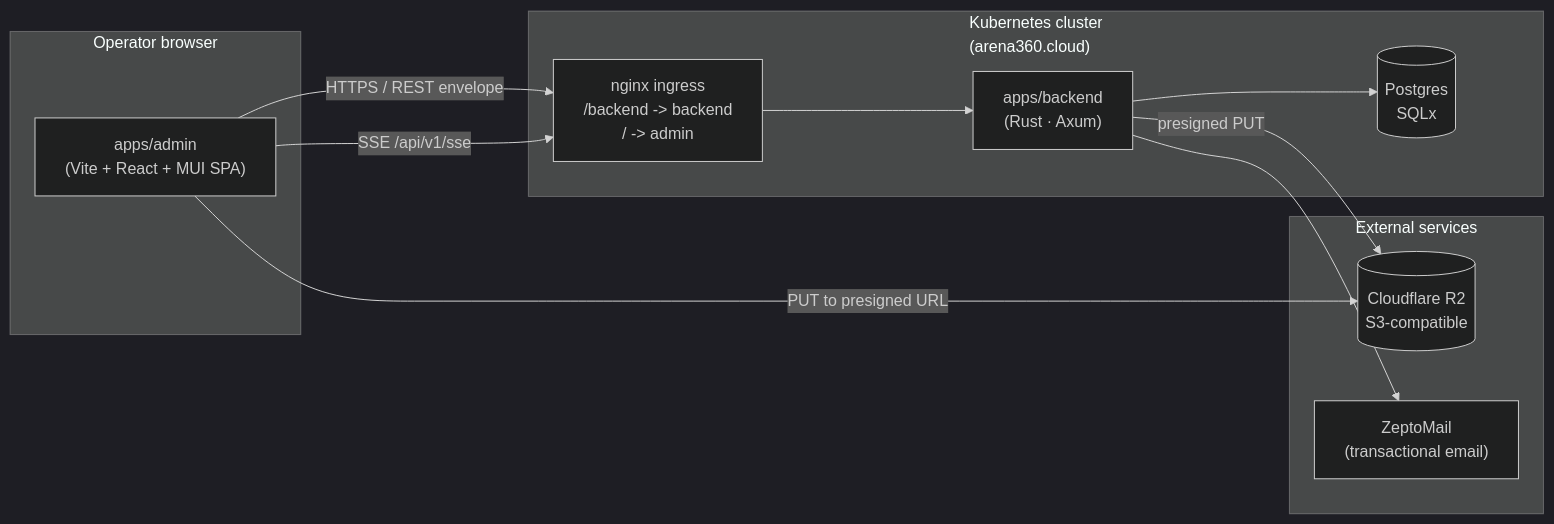
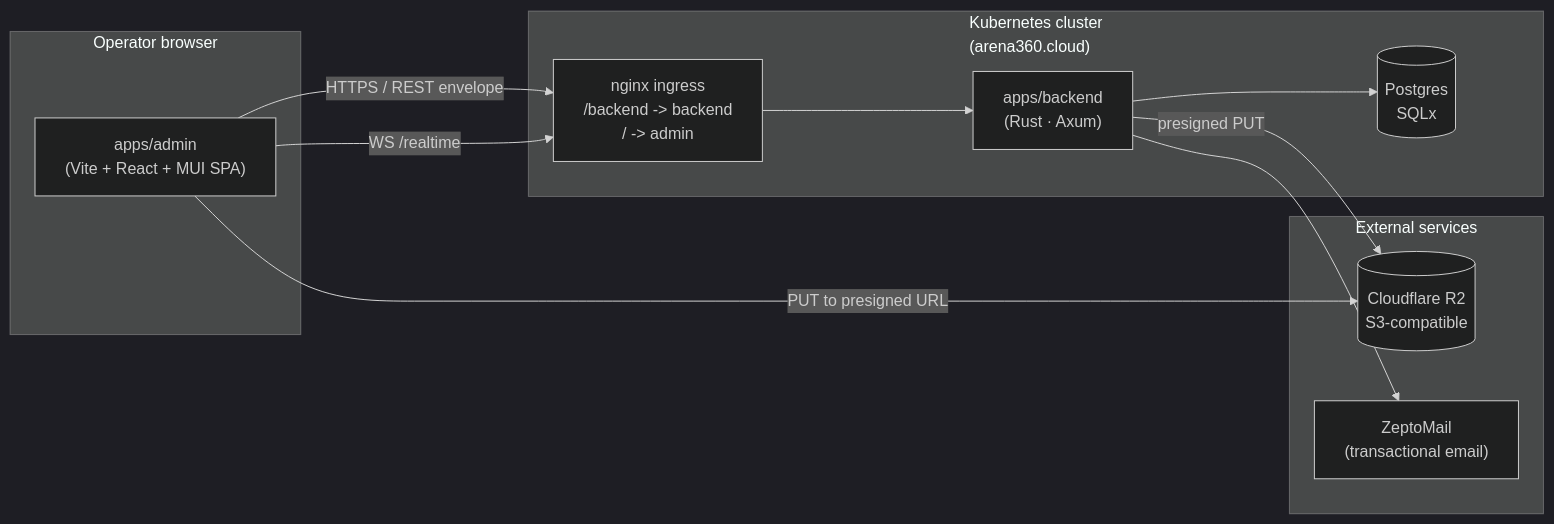
One commit to harishmahamure/arena360 changed the first of 3 diagrams in docs/ARCHITECTURE.md. Above: the diagram before and after it, drawn with Mermaid (dark theme). The commit also changed other lines of this file and 45 other files, not shown here.

````diff
--- a/docs/ARCHITECTURE.md
+++ b/docs/ARCHITECTURE.md
@@ -45,25 +45,25 @@
 ```mermaid
 graph LR
   subgraph Browser["Operator browser"]
     Admin["apps/admin\n(Vite + React + MUI SPA)"]
   end
 
   subgraph Cluster["Kubernetes cluster\n(arena360.cloud)"]
     Ingress["nginx ingress\n/backend -> backend\n/ -> admin"]
     Backend["apps/backend\n(Rust · Axum)"]
     DB[(Postgres\nSQLx)]
   end
 
   subgraph External["External services"]
     R2[("Cloudflare R2\nS3-compatible")]
     Zepto["ZeptoMail\n(transactional email)"]
   end
 
   Admin -- "HTTPS / REST envelope" --> Ingress
-  Admin -- "SSE /api/v1/sse" --> Ingress
+  Admin -- "WS /realtime" --> Ingress
   Ingress --> Backend
   Backend --> DB
   Backend -- "presigned PUT" --> R2
   Admin -- "PUT to presigned URL" --> R2
   Backend --> Zepto
 ```
````
